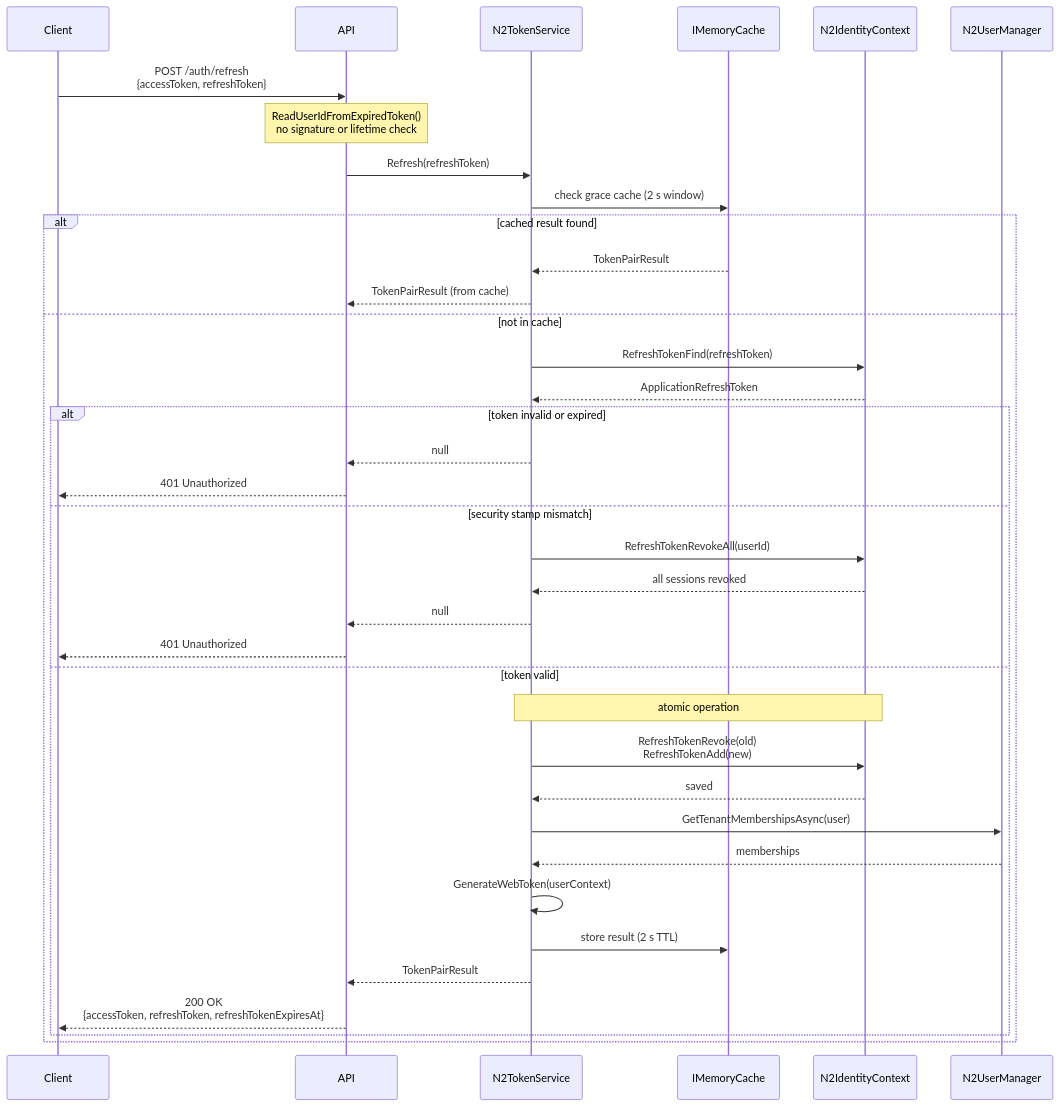
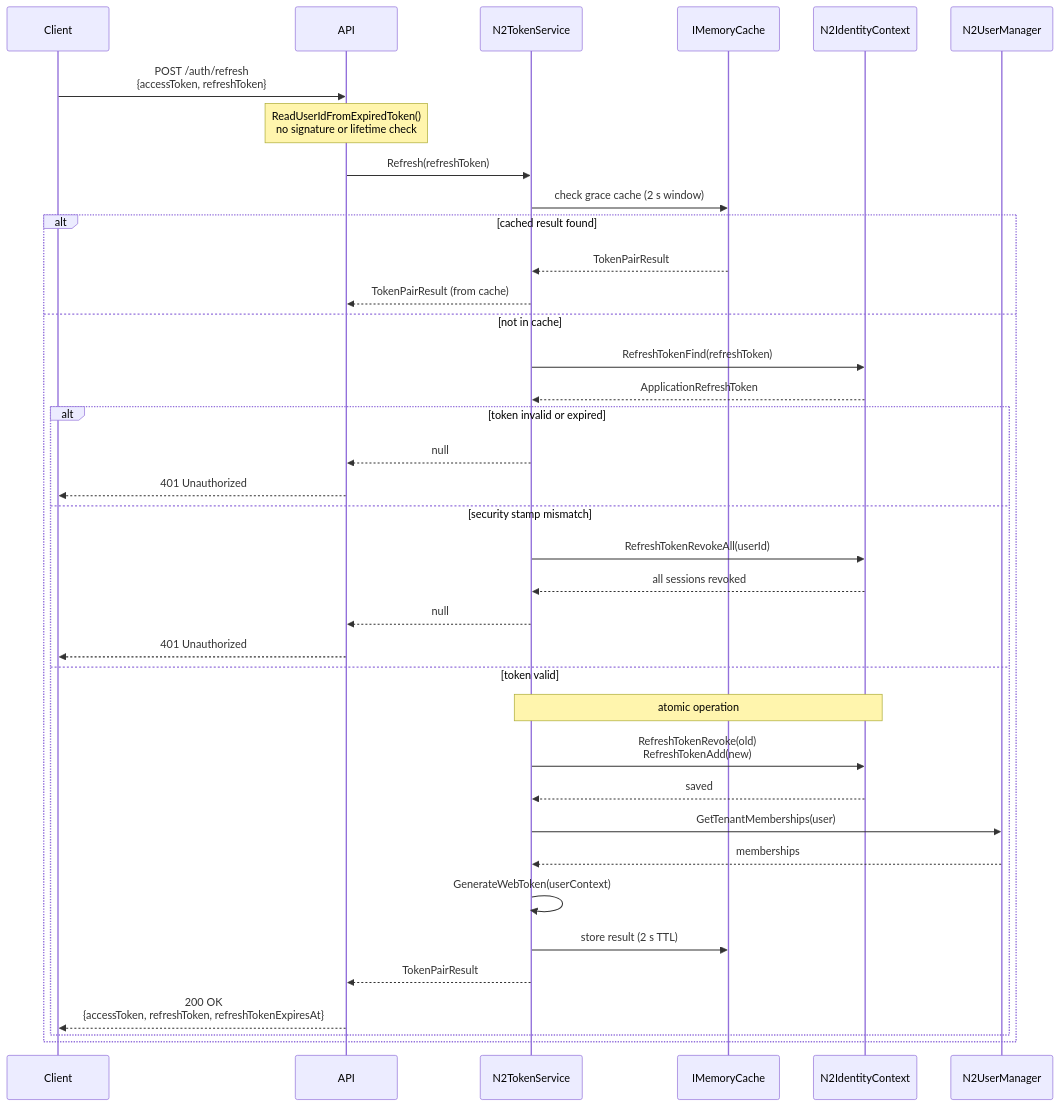
The third of 4 diagrams in docs/authentication-flow.md (Kaalenco/n2-core-identity), drawn with Mermaid before and after one commit. The commit also changed other lines of this file and 66 other files, not shown here.

````diff
--- a/docs/authentication-flow.md
+++ b/docs/authentication-flow.md
@@ -103,40 +103,40 @@
 ```mermaid
 sequenceDiagram
     participant C as Client
     participant A as API
     participant Token as N2TokenService
     participant Cache as IMemoryCache
     participant DB as N2IdentityContext
     participant UM as N2UserManager
 
     C->>A: POST /auth/refresh<br/>{accessToken, refreshToken}
     Note over A: ReadUserIdFromExpiredToken()<br/>no signature or lifetime check
     A->>Token: Refresh(refreshToken)
     Token->>Cache: check grace cache (2 s window)
     alt cached result found
         Cache-->>Token: TokenPairResult
         Token-->>A: TokenPairResult (from cache)
     else not in cache
         Token->>DB: RefreshTokenFind(refreshToken)
         DB-->>Token: ApplicationRefreshToken
         alt token invalid or expired
             Token-->>A: null
             A-->>C: 401 Unauthorized
         else security stamp mismatch
             Token->>DB: RefreshTokenRevokeAll(userId)
             DB-->>Token: all sessions revoked
             Token-->>A: null
             A-->>C: 401 Unauthorized
         else token valid
             Note over Token,DB: atomic operation
             Token->>DB: RefreshTokenRevoke(old)<br/>RefreshTokenAdd(new)
             DB-->>Token: saved
-            Token->>UM: GetTenantMembershipsAsync(user)
+            Token->>UM: GetTenantMemberships(user)
             UM-->>Token: memberships
             Token->>Token: GenerateWebToken(userContext)
             Token->>Cache: store result (2 s TTL)
             Token-->>A: TokenPairResult
             A-->>C: 200 OK<br/>{accessToken, refreshToken, refreshTokenExpiresAt}
         end
     end
 ```
````
